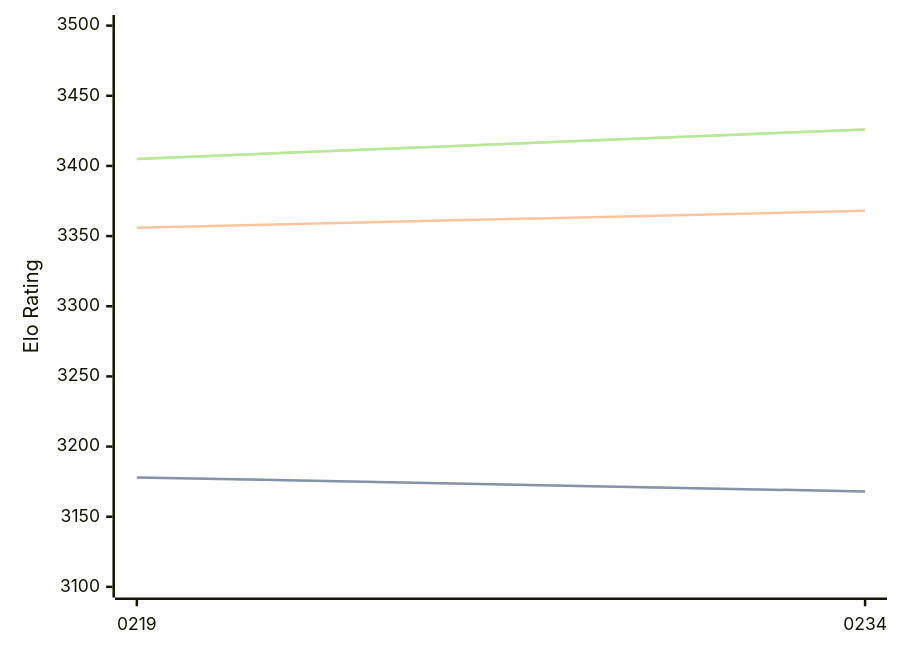
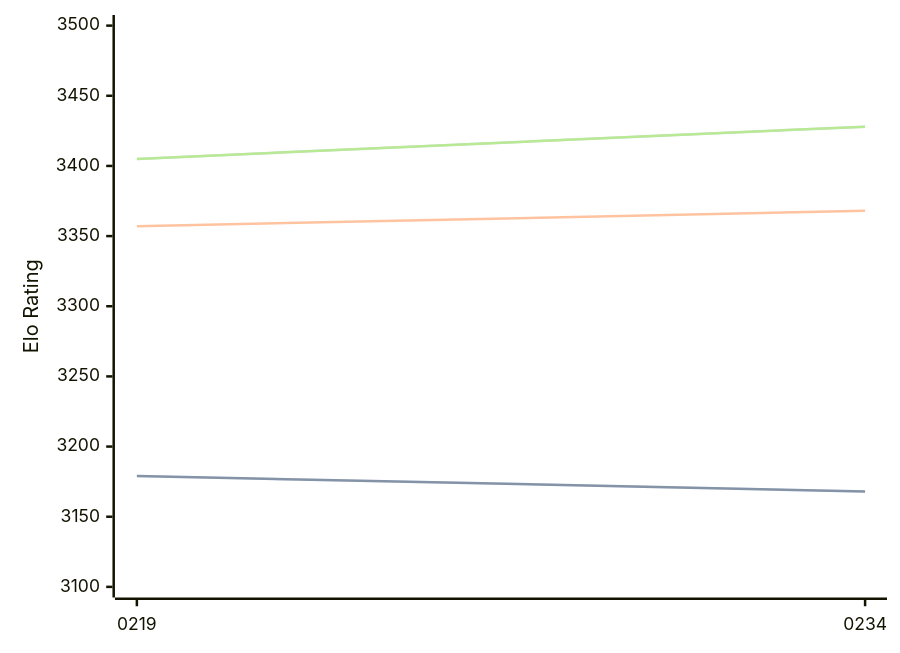
The diagram in engines/Ynode.md (computer-chess-index/cci), drawn with Mermaid before and after one commit. The commit also changed other lines of this file, not shown here.

Commit message:
Update CCI Ratings (ELO VLTC) - 2026-04-24

````diff
--- a/engines/Ynode.md
+++ b/engines/Ynode.md
@@ -39,11 +39,11 @@
 ```mermaid
 %%{init: {"theme":"base","themeVariables":{"seriesColors:['#a3a3a3','#222221','#faa371']}}}%%
 xychart-beta
   x-axis ["0219", "0234"]
   y-axis "Elo Rating" 3100 --> 3500
-  line "STC (8.0+0.08s)" [3178, 3168]
-  line "STC (8.0+0.08s)" [3178, 3168]
-  line "LTC (60.0+0.60s)" [3356, 3368]
-  line "VLTC (2m24s+1.12s)" [3405, 3426]
-  line "VLTC (2m24s+1.12s)" [3405, 3426]
+  line "STC (8.0+0.08s)" [3179, 3168]
+  line "STC (8.0+0.08s)" [3179, 3168]
+  line "LTC (60.0+0.60s)" [3357, 3368]
+  line "VLTC (2m24s+1.12s)" [3405, 3428]
+  line "VLTC (2m24s+1.12s)" [3405, 3428]
 ```
````
